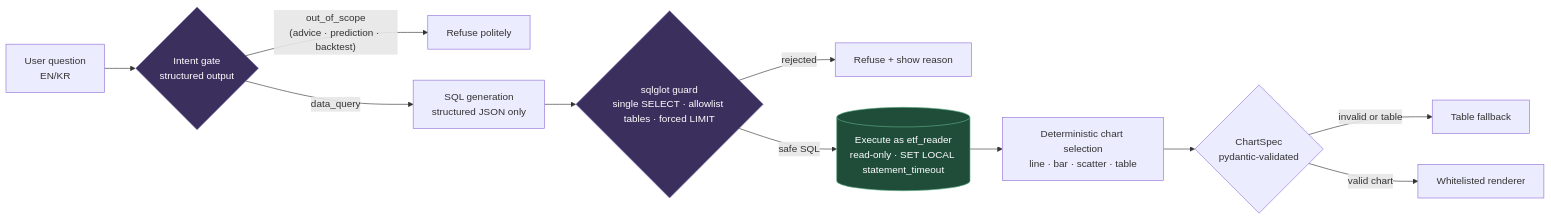
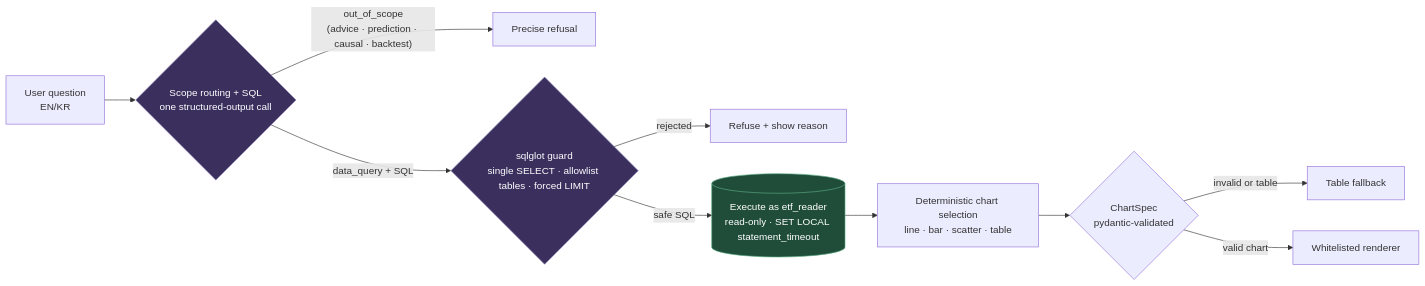
Before and after one commit to aestim/etf-analytics: the second of 2 diagrams in docs/architecture.md, drawn with Mermaid. The commit also changed 18 other files, not shown here.

````diff
--- a/docs/architecture.md
+++ b/docs/architecture.md
@@ -71,18 +71,17 @@
 ```mermaid
 flowchart LR
-  U[User question<br/>EN/KR] --> G{Intent gate<br/>structured output}
-  G -- out_of_scope<br/>(advice · prediction · backtest) --> R1[Refuse politely]
-  G -- data_query --> S[SQL generation<br/>structured JSON only]
-  S --> V{sqlglot guard<br/>single SELECT · allowlist tables · forced LIMIT}
+  U[User question<br/>EN/KR] --> S{Scope routing + SQL<br/>one structured-output call}
+  S -- out_of_scope<br/>(advice · prediction · causal · backtest) --> R1[Precise refusal]
+  S -- data_query + SQL --> V{sqlglot guard<br/>single SELECT · allowlist tables · forced LIMIT}
   V -- rejected --> R2[Refuse + show reason]
   V -- safe SQL --> X[(Execute as etf_reader<br/>read-only · SET LOCAL statement_timeout)]
   X --> C[Deterministic chart selection<br/>line · bar · scatter · table]
   C --> P{ChartSpec<br/>pydantic-validated}
   P -- invalid or table --> T[Table fallback]
   P -- valid chart --> W[Whitelisted renderer]
 
   classDef gate fill:#3b2f5e,stroke:#8a7fb8,color:#fff;
   classDef exec fill:#1f4d3a,stroke:#5fae86,color:#fff;
-  class G,V gate;
+  class S,V gate;
   class X exec;
 ```
````
